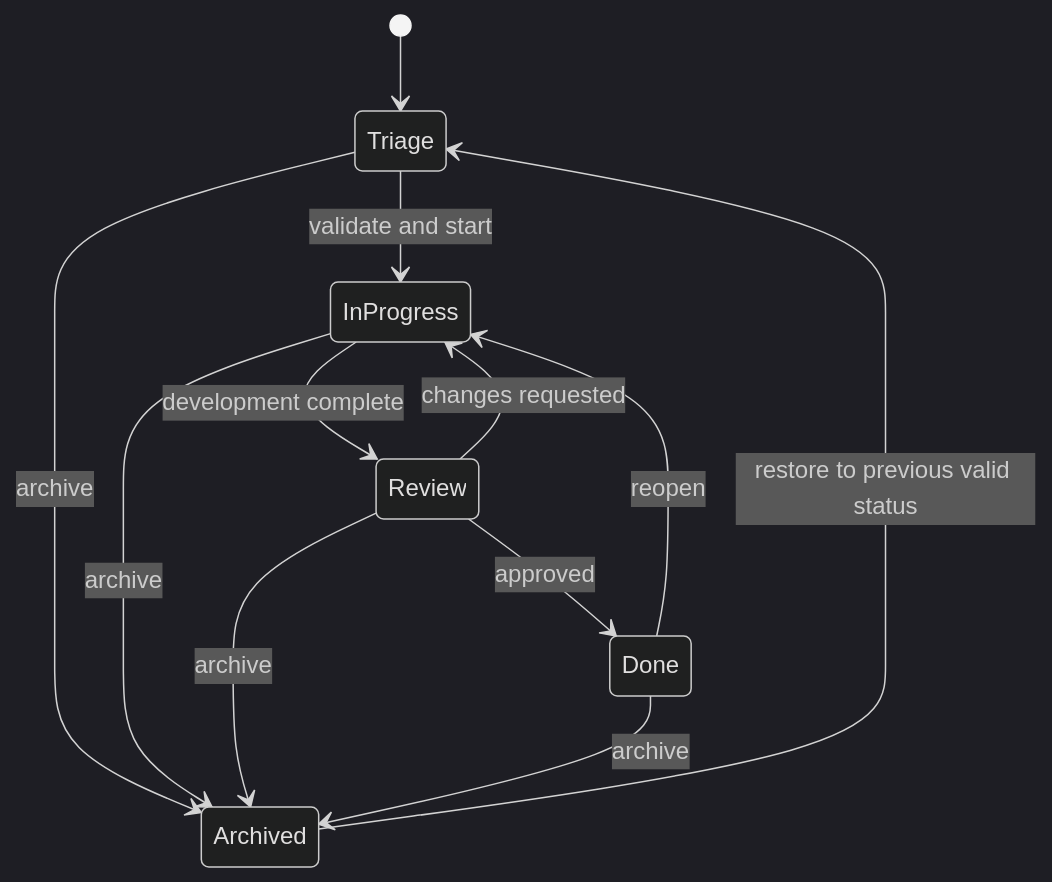
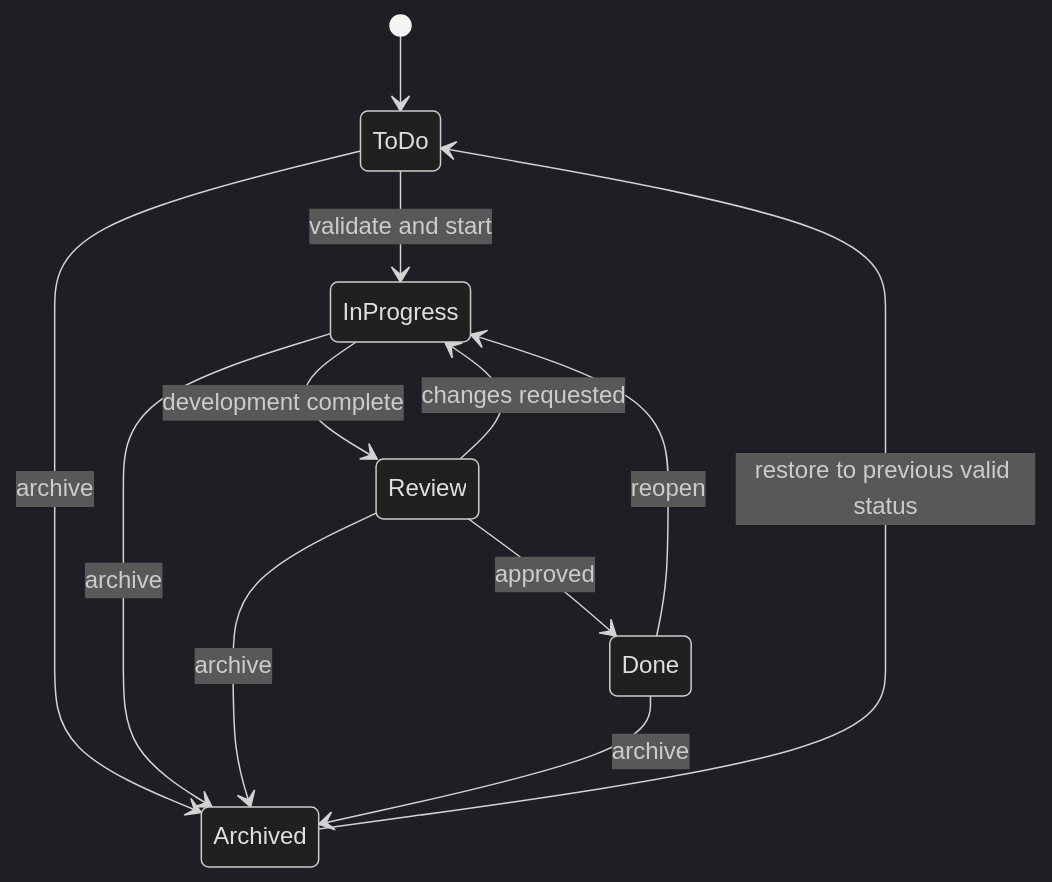
Before and after one commit to SeanHam12/Fitara-Ticket-System: the diagram in docs/product-spec.md, drawn with Mermaid (dark theme). The commit also changed other lines of this file and 27 other files, not shown here.

````diff
--- a/docs/product-spec.md
+++ b/docs/product-spec.md
@@ -165,14 +165,14 @@
 ```mermaid
 stateDiagram-v2
-    [*] --> Triage
-    Triage --> InProgress: validate and start
+    [*] --> ToDo
+    ToDo --> InProgress: validate and start
     InProgress --> Review: development complete
     Review --> InProgress: changes requested
     Review --> Done: approved
     Done --> InProgress: reopen
-    Triage --> Archived: archive
+    ToDo --> Archived: archive
     InProgress --> Archived: archive
     Review --> Archived: archive
     Done --> Archived: archive
-    Archived --> Triage: restore to previous valid status
+    Archived --> ToDo: restore to previous valid status
 ```
````
